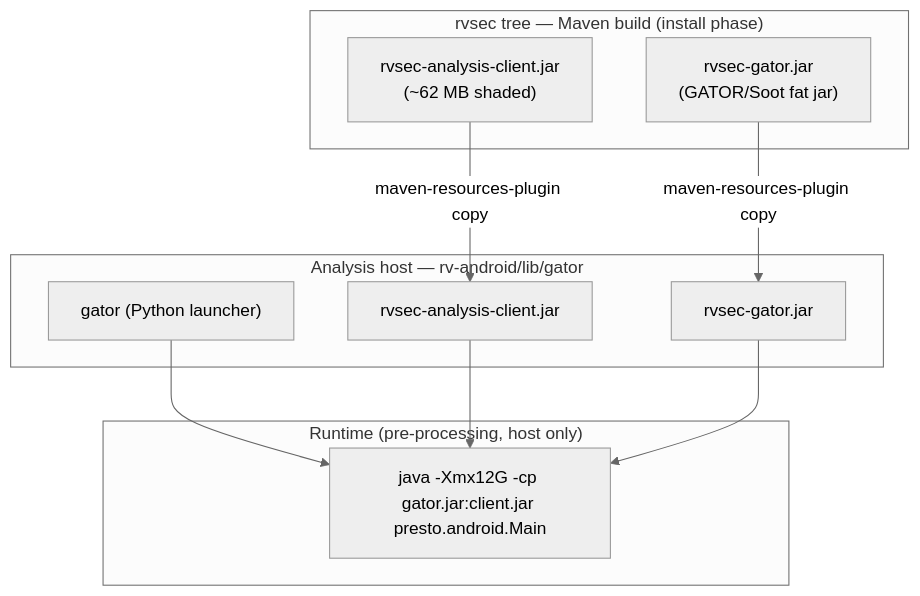
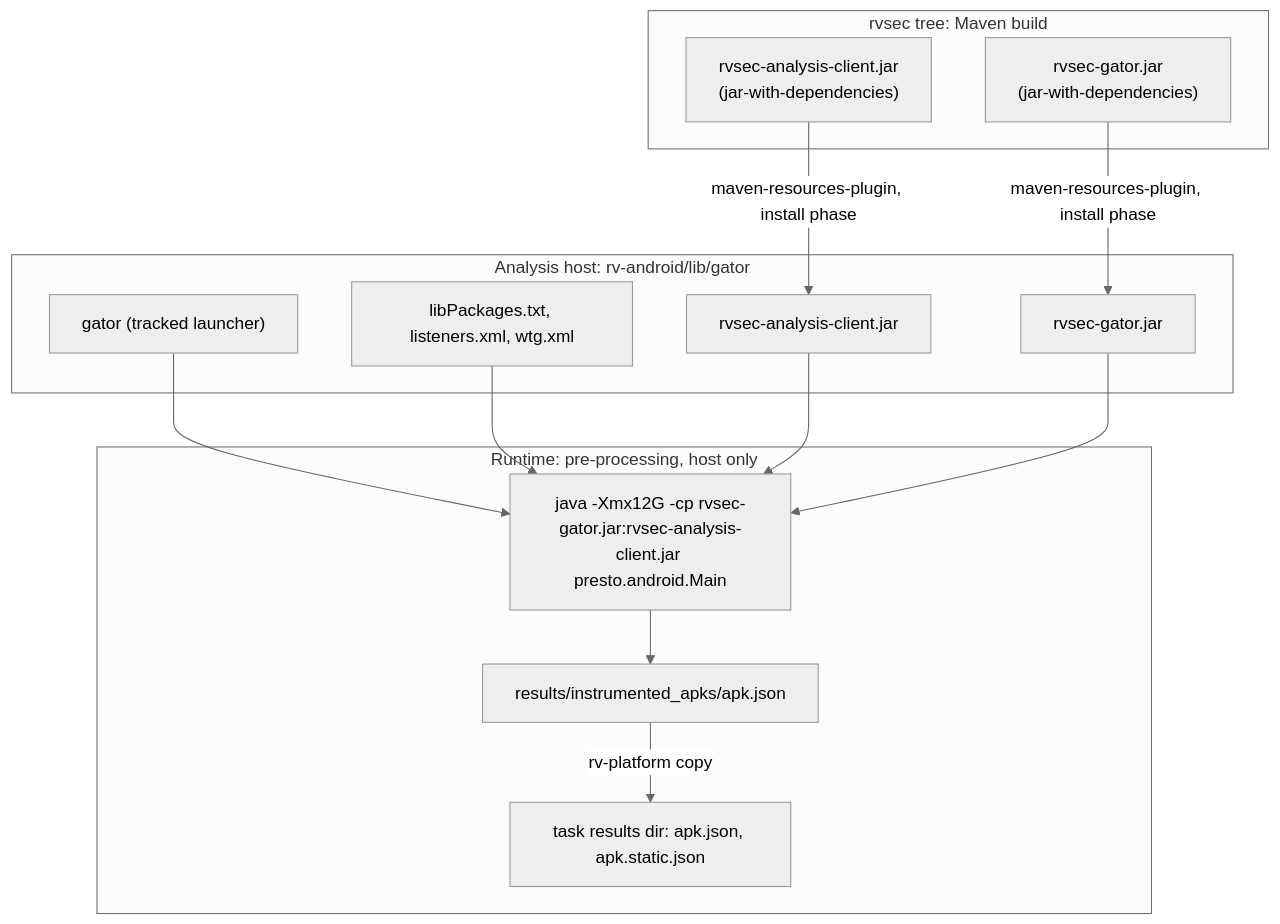
One commit to PAMunb/rvsec changed the fourth of 4 diagrams in rv-android/docs/architecture/static-analysis.md. Above: the diagram before and after it, drawn with Mermaid. The commit also changed other lines of this file and 7 other files, not shown here.

````diff
--- a/rv-android/docs/architecture/static-analysis.md
+++ b/rv-android/docs/architecture/static-analysis.md
@@ -347,21 +444,27 @@
 ```mermaid
 %%{init: {'theme': 'neutral'}}%%
 flowchart TB
-  subgraph build["rvsec tree — Maven build (install phase)"]
-    clientjar["rvsec-analysis-client.jar<br/>(~62 MB shaded)"]
-    gatorjar["rvsec-gator.jar<br/>(GATOR/Soot fat jar)"]
+  subgraph build["rvsec tree: Maven build"]
+    clientjar["rvsec-analysis-client.jar<br/>(jar-with-dependencies)"]
+    gatorjar["rvsec-gator.jar<br/>(jar-with-dependencies)"]
   end
-  subgraph host["Analysis host — rv-android/lib/gator"]
-    launcher2["gator (Python launcher)"]
+  subgraph host["Analysis host: rv-android/lib/gator"]
+    launcher2["gator (tracked launcher)"]
+    support["libPackages.txt, listeners.xml, wtg.xml"]
     dst1["rvsec-analysis-client.jar"]
     dst2["rvsec-gator.jar"]
   end
-  subgraph run["Runtime (pre-processing, host only)"]
-    jvm2["java -Xmx12G -cp gator.jar:client.jar presto.android.Main"]
+  subgraph run["Runtime: pre-processing, host only"]
+    jvm2["java -Xmx12G -cp rvsec-gator.jar:rvsec-analysis-client.jar presto.android.Main"]
+    out["results/instrumented_apks/apk.json"]
+    task["task results dir: apk.json, apk.static.json"]
   end
-  clientjar -->|maven-resources-plugin copy| dst1
-  gatorjar -->|maven-resources-plugin copy| dst2
+  clientjar -->|maven-resources-plugin, install phase| dst1
+  gatorjar -->|maven-resources-plugin, install phase| dst2
   launcher2 --> jvm2
+  support --> jvm2
   dst1 --> jvm2
   dst2 --> jvm2
+  jvm2 --> out
+  out -->|rv-platform copy| task
 ```
````
